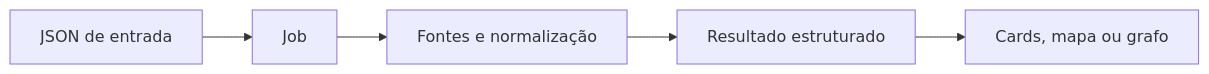
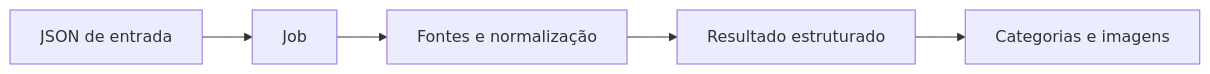
Before and after one commit to Sherlocker-LTDA/sherlocker-docs: the diagram in inteligencia/integracao.mdx, drawn with Mermaid. The commit also changed other lines of this file and 13 other files, not shown here.

````diff
--- a/inteligencia/integracao.mdx
+++ b/inteligencia/integracao.mdx
@@ -87,7 +82,7 @@
 ```mermaid
 flowchart LR
   A[JSON de entrada] --> B[Job]
   B --> C[Fontes e normalização]
   C --> D[Resultado estruturado]
-  D --> E[Cards, mapa ou grafo]
+  D --> E[Categorias e imagens]
 ```
````
